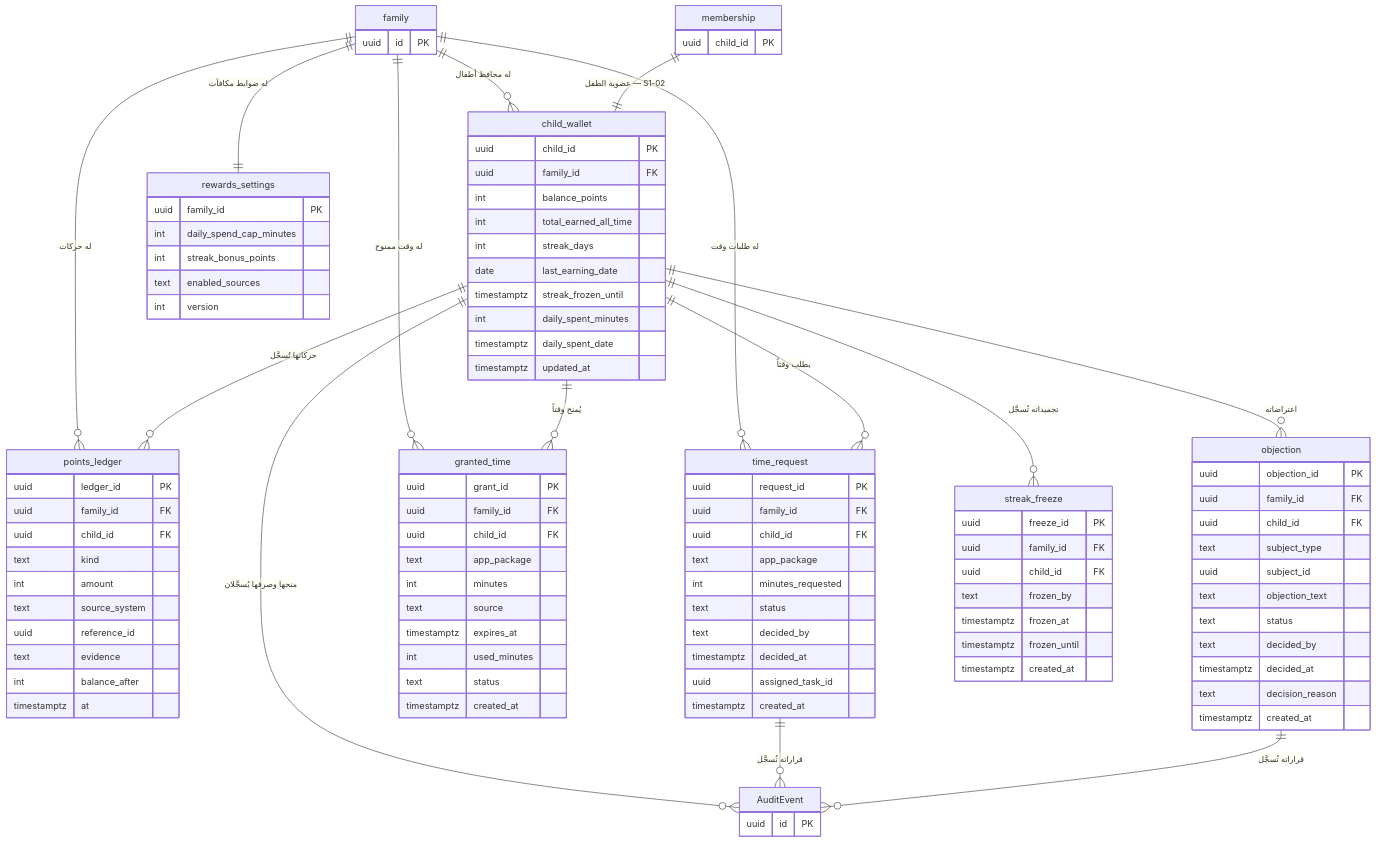
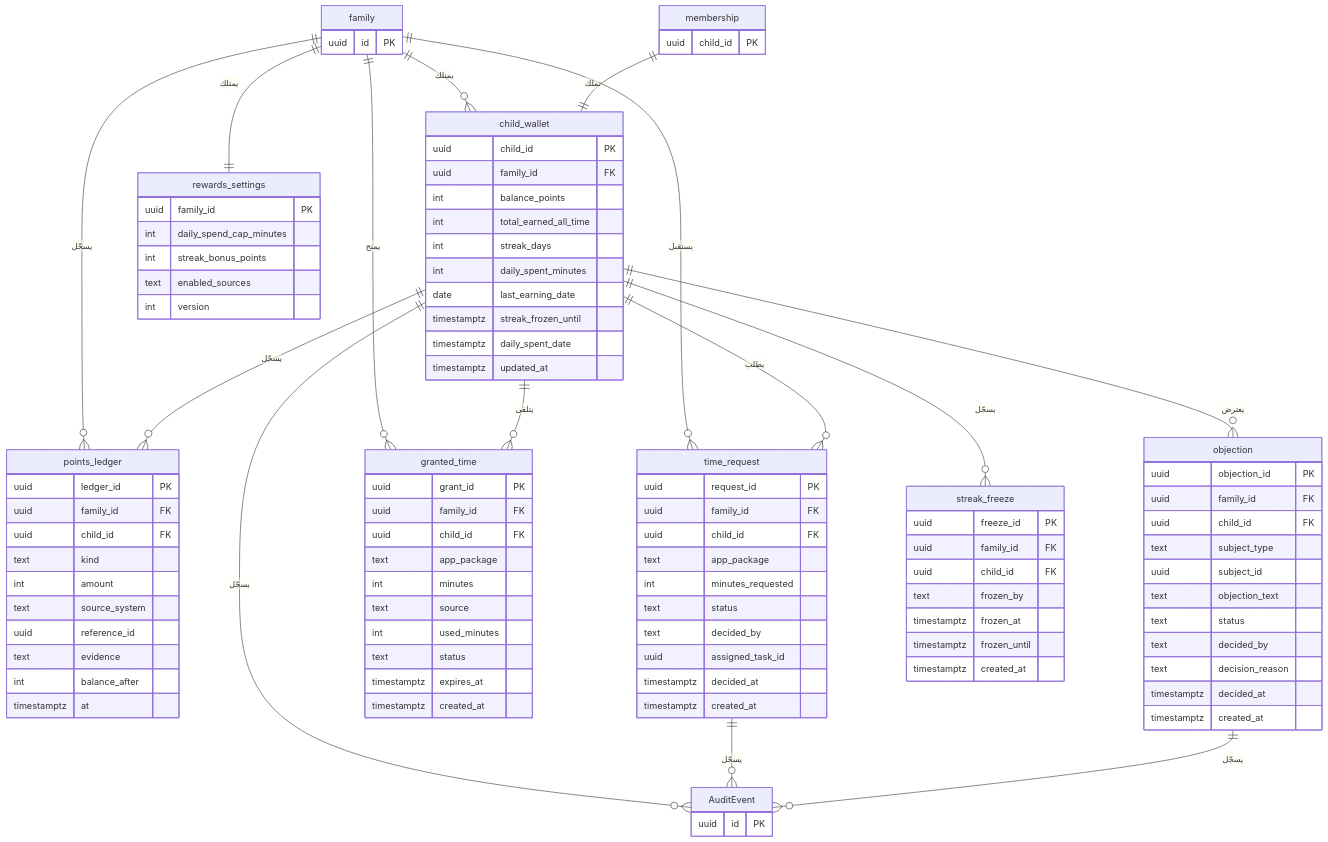
The third of 19 diagrams in docs/family-os/governance/phases/phase-1/S1-05-rewards-children/DIAGRAMS.md (Bassam-mohammed-alqaeadi/family-os-v2), drawn with Mermaid before and after one commit. The commit also changed other lines of this file, not shown here.

````diff
--- a/docs/family-os/governance/phases/phase-1/S1-05-rewards-children/DIAGRAMS.md
+++ b/docs/family-os/governance/phases/phase-1/S1-05-rewards-children/DIAGRAMS.md
@@ -78,19 +112,19 @@
 ```mermaid
 erDiagram
-    family ||--o{ child_wallet : "له محافظ أطفال"
-    family ||--|| rewards_settings : "له ضوابط مكافآت"
-    family ||--o{ points_ledger : "له حركات"
-    family ||--o{ time_request : "له طلبات وقت"
-    family ||--o{ granted_time : "له وقت ممنوح"
-    membership ||--|| child_wallet : "عضوية الطفل — S1-02"
-    child_wallet ||--o{ points_ledger : "حركاتها تُسجَّل"
-    child_wallet ||--o{ time_request : "يطلب وقتاً"
-    child_wallet ||--o{ granted_time : "يُمنح وقتاً"
-    child_wallet ||--o{ objection : "اعتراضاته"
-    child_wallet ||--o{ streak_freeze : "تجميداته تُسجَّل"
-    child_wallet ||--o{ AuditEvent : "منحها وصرفها يُسجَّلان"
-    time_request ||--o{ AuditEvent : "قراراته تُسجَّل"
-    objection ||--o{ AuditEvent : "قراراته تُسجَّل"
+    family ||--o{ child_wallet : "يمتلك"
+    family ||--|| rewards_settings : "يمتلك"
+    family ||--o{ points_ledger : "يسجّل"
+    family ||--o{ time_request : "يستقبل"
+    family ||--o{ granted_time : "يمنح"
+    membership ||--|| child_wallet : "تملك"
+    child_wallet ||--o{ points_ledger : "يسجّل"
+    child_wallet ||--o{ time_request : "يطلب"
+    child_wallet ||--o{ granted_time : "يتلقى"
+    child_wallet ||--o{ objection : "يعترض"
+    child_wallet ||--o{ streak_freeze : "يسجّل"
+    child_wallet ||--o{ AuditEvent : "يسجّل"
+    time_request ||--o{ AuditEvent : "يسجّل"
+    objection ||--o{ AuditEvent : "يسجّل"
 
     child_wallet {
         uuid child_id PK
@@ -98,9 +132,9 @@
         int balance_points
         int total_earned_all_time
         int streak_days
+        int daily_spent_minutes
         date last_earning_date
         timestamptz streak_frozen_until
-        int daily_spent_minutes
         timestamptz daily_spent_date
         timestamptz updated_at
     }
@@ -124,8 +158,8 @@
         int minutes_requested
         text status
         text decided_by
+        uuid assigned_task_id
         timestamptz decided_at
-        uuid assigned_task_id
         timestamptz created_at
     }
     objection {
@@ -137,8 +171,8 @@
         text objection_text
         text status
         text decided_by
+        text decision_reason
         timestamptz decided_at
-        text decision_reason
         timestamptz created_at
     }
     granted_time {
@@ -148,9 +182,9 @@
         text app_package
         int minutes
         text source
-        timestamptz expires_at
         int used_minutes
         text status
+        timestamptz expires_at
         timestamptz created_at
     }
     rewards_settings {
````
